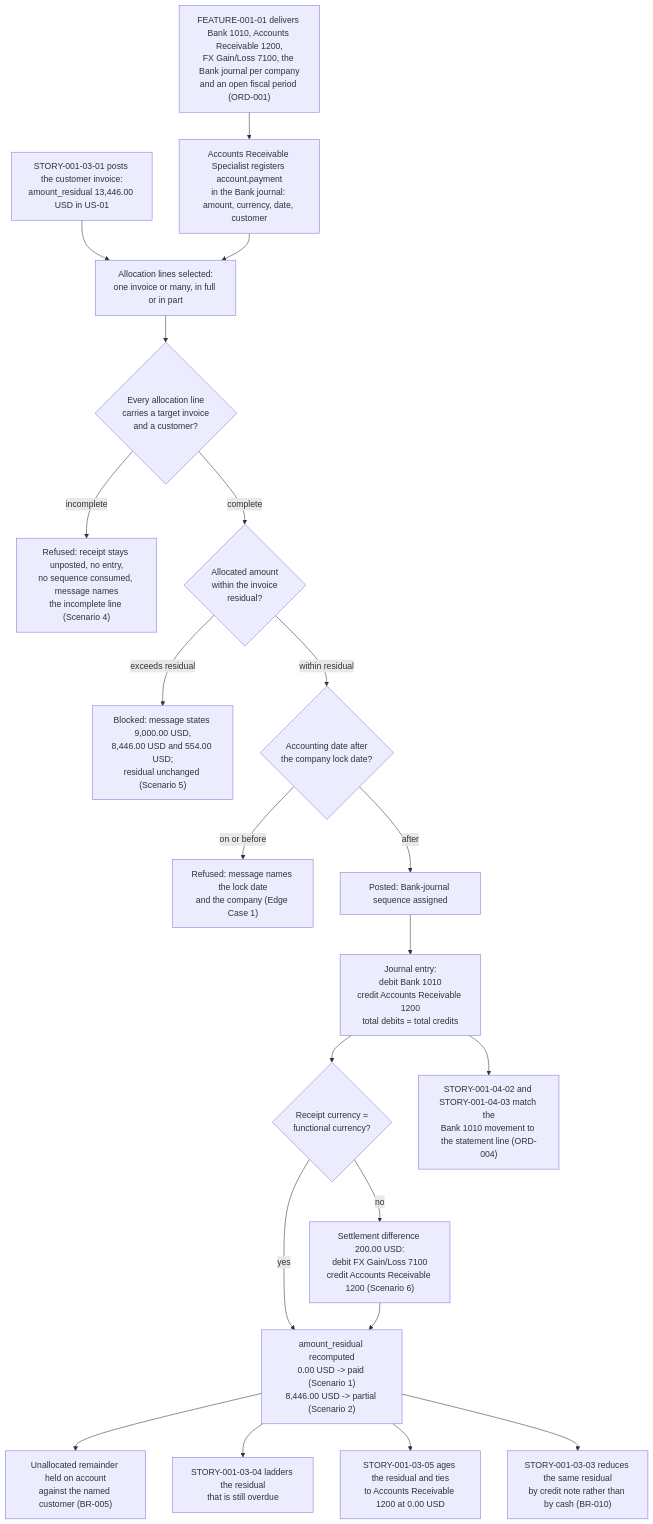
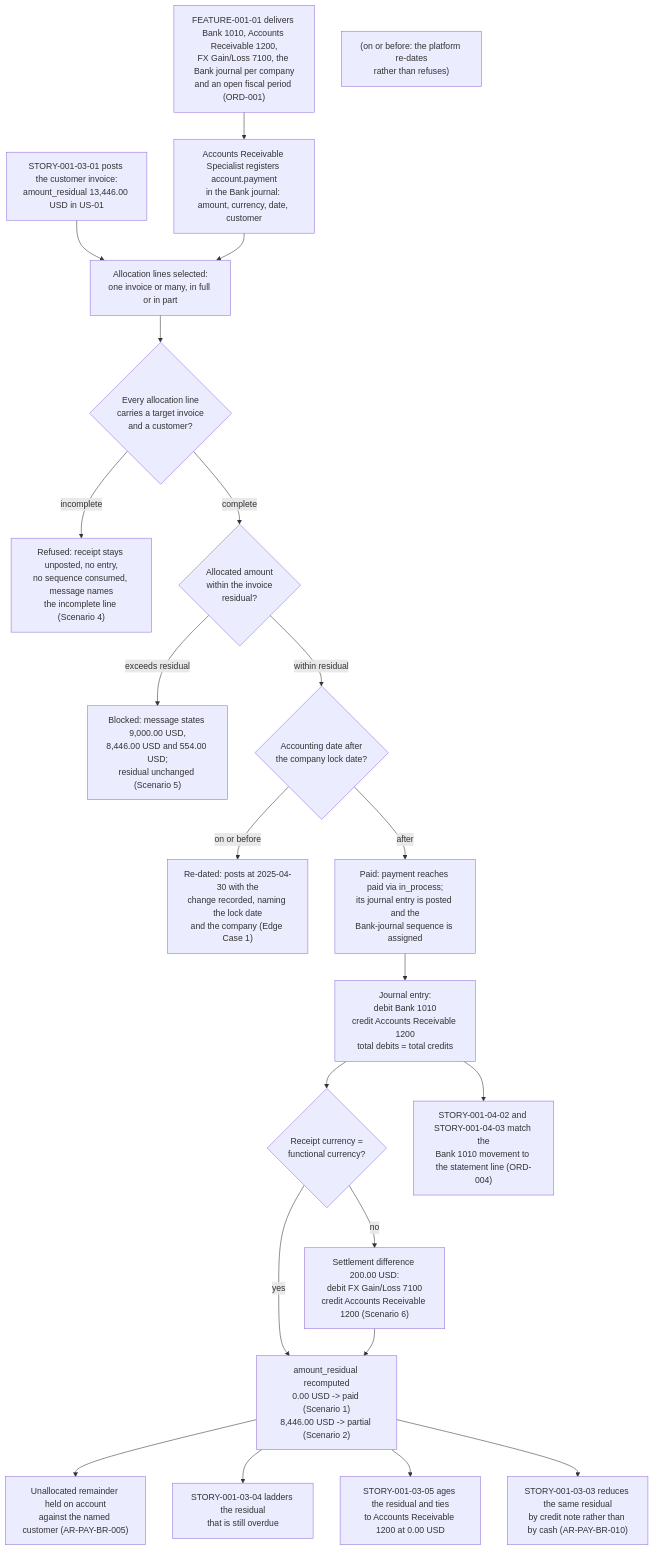
The diagram in tickets/EPIC-001/FEATURE-001-03/STORY-001-03-02-register-customer-payments.md (Blitzy-Sandbox/blitzy-odoo), drawn with Mermaid before and after one commit. The commit also changed other lines of this file and 26 other files, not shown here.

````diff
--- a/tickets/EPIC-001/FEATURE-001-03/STORY-001-03-02-register-customer-payments.md
+++ b/tickets/EPIC-001/FEATURE-001-03/STORY-001-03-02-register-customer-payments.md
@@ -451,44 +456,45 @@
 ```mermaid
 graph TD
     A["FEATURE-001-01 delivers Bank 1010, Accounts Receivable 1200,<br/>FX Gain/Loss 7100, the Bank journal per company<br/>and an open fiscal period (ORD-001)"]
     B["STORY-001-03-01 posts the customer invoice:<br/>amount_residual 13,446.00 USD in US-01"]
     C["Accounts Receivable Specialist registers account.payment<br/>in the Bank journal: amount, currency, date, customer"]
     D["Allocation lines selected:<br/>one invoice or many, in full or in part"]
     E{"Every allocation line<br/>carries a target invoice<br/>and a customer?"}
     F["Refused: receipt stays unposted, no entry,<br/>no sequence consumed, message names<br/>the incomplete line (Scenario 4)"]
     G{"Allocated amount<br/>within the invoice<br/>residual?"}
     H["Blocked: message states 9,000.00 USD,<br/>8,446.00 USD and 554.00 USD;<br/>residual unchanged (Scenario 5)"]
     I{"Accounting date after<br/>the company lock date?"}
-    J["Refused: message names the lock date<br/>and the company (Edge Case 1)"]
-    K["Posted: Bank-journal sequence assigned"]
+    I2["(on or before: the platform re-dates<br/>rather than refuses)"]
+    J["Re-dated: posts at 2025-04-30 with the<br/>change recorded, naming the lock date<br/>and the company (Edge Case 1)"]
+    K["Paid: payment reaches paid via in_process;<br/>its journal entry is posted and the<br/>Bank-journal sequence is assigned"]
     L["Journal entry:<br/>debit Bank 1010<br/>credit Accounts Receivable 1200<br/>total debits = total credits"]
     M{"Receipt currency =<br/>functional currency?"}
     N["Settlement difference 200.00 USD:<br/>debit FX Gain/Loss 7100<br/>credit Accounts Receivable 1200 (Scenario 6)"]
     O["amount_residual recomputed<br/>0.00 USD -> paid (Scenario 1)<br/>8,446.00 USD -> partial (Scenario 2)"]
-    P["Unallocated remainder held on account<br/>against the named customer (BR-005)"]
+    P["Unallocated remainder held on account<br/>against the named customer (AR-PAY-BR-005)"]
     Q["STORY-001-03-04 ladders the residual<br/>that is still overdue"]
     R["STORY-001-03-05 ages the residual and ties<br/>to Accounts Receivable 1200 at 0.00 USD"]
     S["STORY-001-04-02 and STORY-001-04-03 match the<br/>Bank 1010 movement to the statement line (ORD-004)"]
-    T["STORY-001-03-03 reduces the same residual<br/>by credit note rather than by cash (BR-010)"]
+    T["STORY-001-03-03 reduces the same residual<br/>by credit note rather than by cash (AR-PAY-BR-010)"]
 
     A --> C
     B --> D
     C --> D
     D --> E
     E -->|incomplete| F
     E -->|complete| G
     G -->|"exceeds residual"| H
     G -->|"within residual"| I
     I -->|"on or before"| J
     I -->|after| K
     K --> L
     L --> M
     M -->|no| N
     M -->|yes| O
     N --> O
     O --> P
     O --> Q
     O --> R
     L --> S
     O --> T
 ```
````
